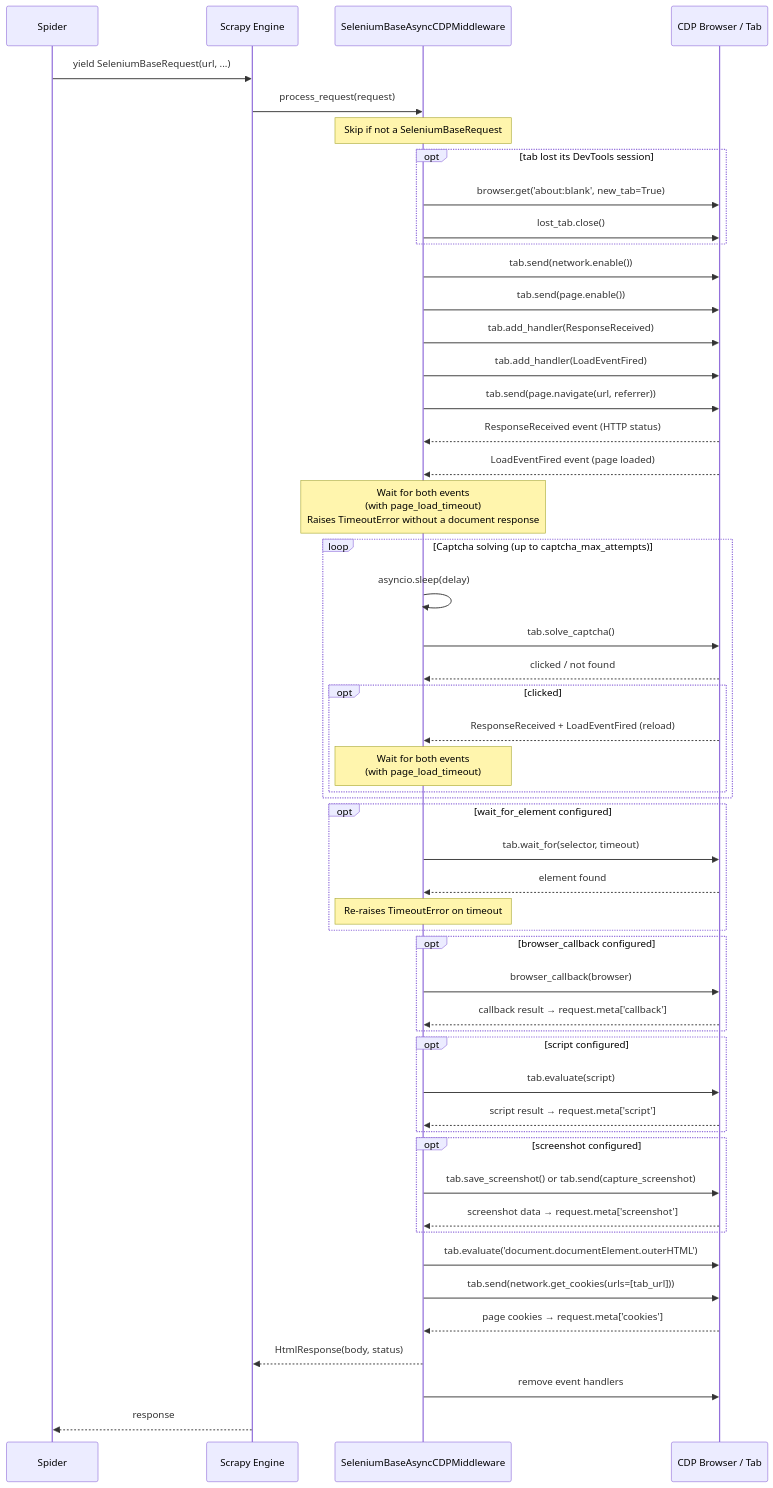
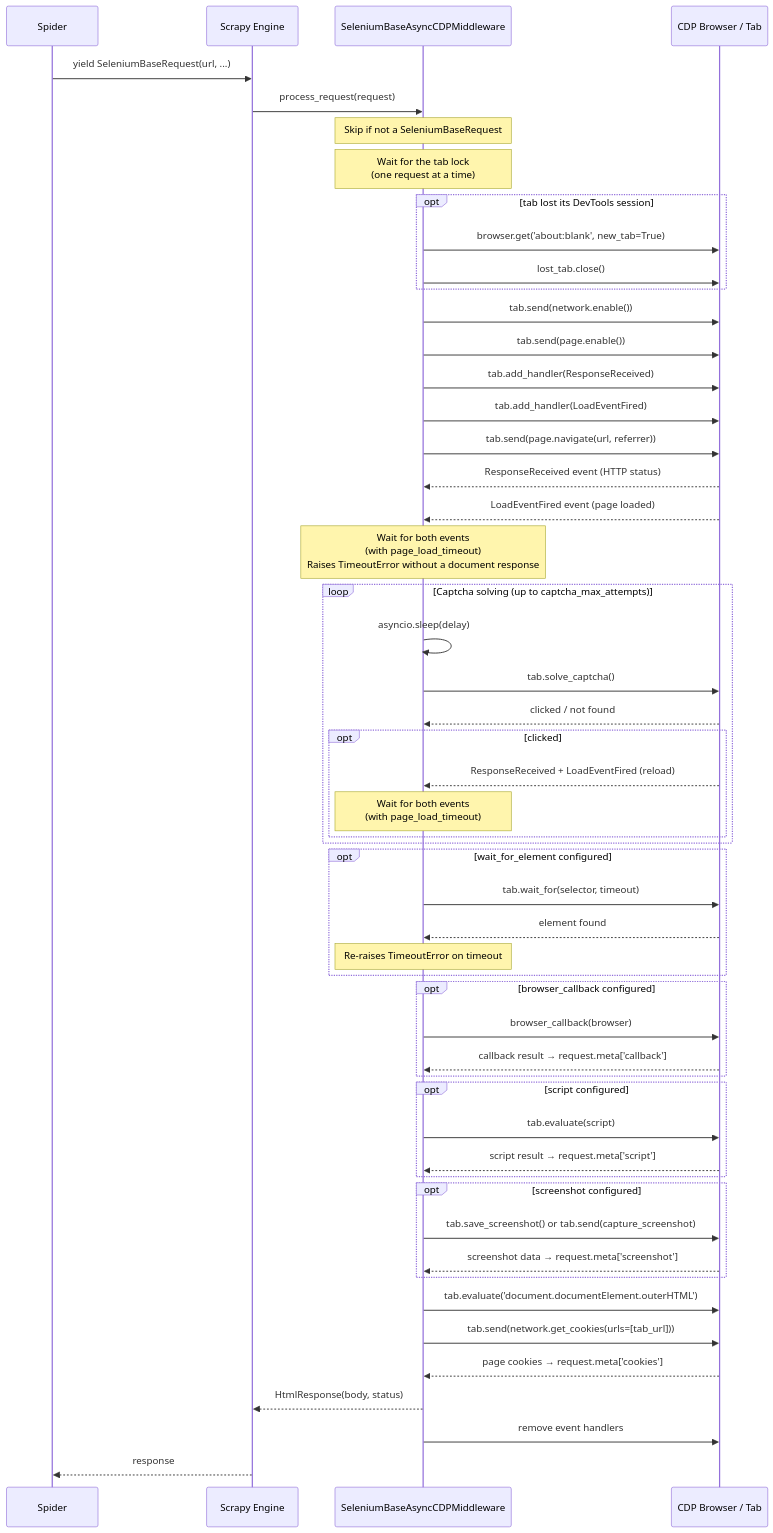
The diagram in docs/ARCHITECTURE.md (nyg/scrapy-seleniumbase-cdp), drawn with Mermaid before and after one commit. The commit also changed other lines of this file and 3 other files, not shown here.

Commit message:
fix: load requests one at a time in the shared tab, so concurrent requests no longer get each other's page (#94)

````diff
--- a/docs/ARCHITECTURE.md
+++ b/docs/ARCHITECTURE.md
@@ -12,68 +12,69 @@
 ```mermaid
 sequenceDiagram
     participant Spider
     participant Engine as Scrapy Engine
     participant MW as SeleniumBaseAsyncCDPMiddleware
     participant Browser as CDP Browser / Tab
 
     Spider->>Engine: yield SeleniumBaseRequest(url, ...)
     Engine->>MW: process_request(request)
 
     Note over MW: Skip if not a SeleniumBaseRequest
+    Note over MW: Wait for the tab lock<br/>(one request at a time)
 
     opt tab lost its DevTools session
         MW->>Browser: browser.get('about:blank', new_tab=True)
         MW->>Browser: lost_tab.close()
     end
     MW->>Browser: tab.send(network.enable())
     MW->>Browser: tab.send(page.enable())
 
     MW->>Browser: tab.add_handler(ResponseReceived)
     MW->>Browser: tab.add_handler(LoadEventFired)
 
     MW->>Browser: tab.send(page.navigate(url, referrer))
     Browser-->>MW: ResponseReceived event (HTTP status)
     Browser-->>MW: LoadEventFired event (page loaded)
 
     Note over MW: Wait for both events<br/>(with page_load_timeout)<br/>Raises TimeoutError without a document response
 
     loop Captcha solving (up to captcha_max_attempts)
         MW->>MW: asyncio.sleep(delay)
         MW->>Browser: tab.solve_captcha()
         Browser-->>MW: clicked / not found
         opt clicked
             Browser-->>MW: ResponseReceived + LoadEventFired (reload)
             Note over MW: Wait for both events<br/>(with page_load_timeout)
         end
     end
 
     opt wait_for_element configured
         MW->>Browser: tab.wait_for(selector, timeout)
         Browser-->>MW: element found
         Note over MW: Re-raises TimeoutError on timeout
     end
 
     opt browser_callback configured
         MW->>Browser: browser_callback(browser)
         Browser-->>MW: callback result → request.meta['callback']
     end
 
     opt script configured
         MW->>Browser: tab.evaluate(script)
         Browser-->>MW: script result → request.meta['script']
     end
 
     opt screenshot configured
         MW->>Browser: tab.save_screenshot() or tab.send(capture_screenshot)
         Browser-->>MW: screenshot data → request.meta['screenshot']
     end
 
     MW->>Browser: tab.evaluate('document.documentElement.outerHTML')
     MW->>Browser: tab.send(network.get_cookies(urls=[tab_url]))
     Browser-->>MW: page cookies → request.meta['cookies']
     MW-->>Engine: HtmlResponse(body, status)
 
     MW->>Browser: remove event handlers
 
     Engine-->>Spider: response
 ```
````
